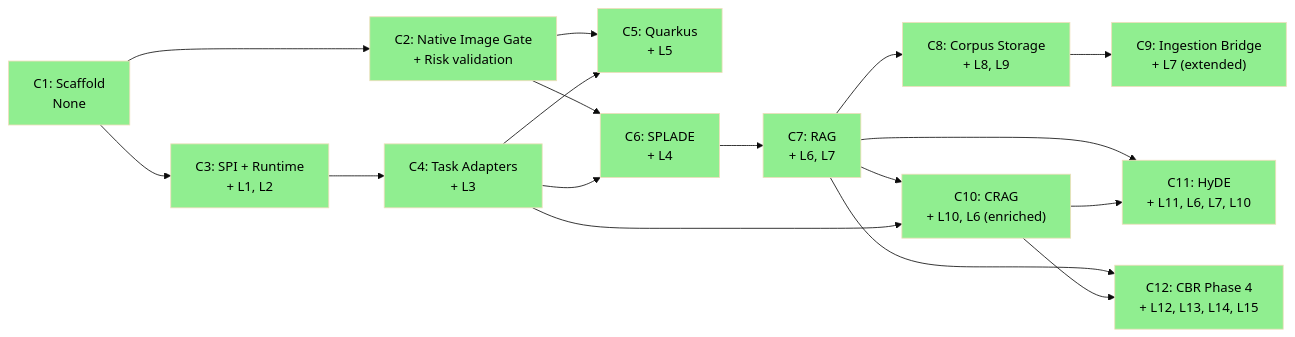
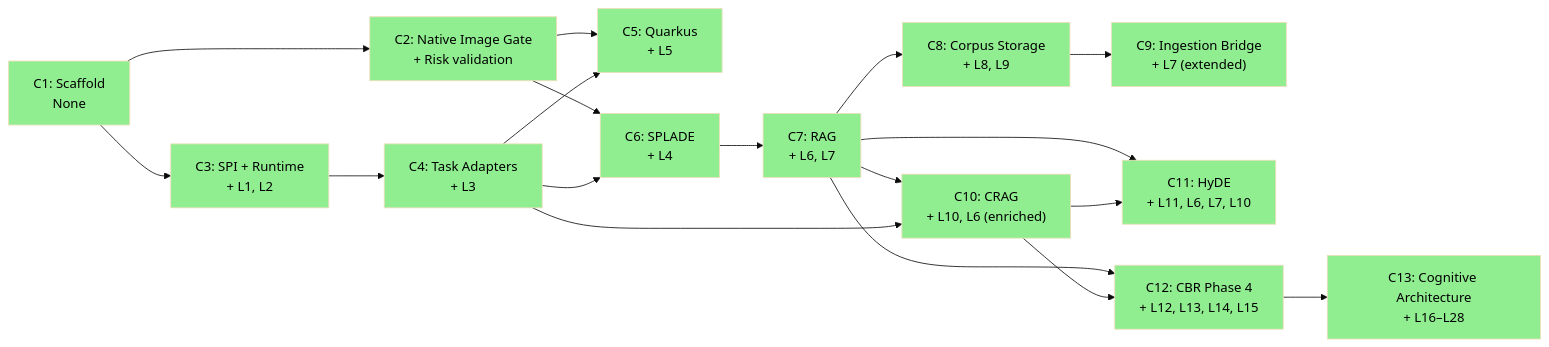
The seventh of 7 diagrams in ARC42STORIES.MD (casehubio/neocortex), drawn with Mermaid (base theme) before and after one commit. The commit also changed other lines of this file, not shown here.

First line of the commit message:
docs(#728): add cognitive/mindmap/annotation subsystem layers to ARC42STORIES

````diff
--- a/ARC42STORIES.MD
+++ b/ARC42STORIES.MD
@@ -590,33 +605,36 @@
 ```mermaid
 flowchart LR
   C1["C1: Scaffold\nNone"] --> C2["C2: Native Image Gate\n+ Risk validation"]
   C1 --> C3["C3: SPI + Runtime\n+ L1, L2"]
   C2 --> C5["C5: Quarkus\n+ L5"]
   C2 --> C6["C6: SPLADE\n+ L4"]
   C3 --> C4["C4: Task Adapters\n+ L3"]
   C4 --> C5
   C4 --> C6
   C6 --> C7["C7: RAG\n+ L6, L7"]
   C7 --> C8["C8: Corpus Storage\n+ L8, L9"]
   C8 --> C9["C9: Ingestion Bridge\n+ L7 (extended)"]
   C7 --> C10["C10: CRAG\n+ L10, L6 (enriched)"]
   C4 --> C10
   C7 --> C11["C11: HyDE\n+ L11, L6, L7, L10"]
   C10 --> C11
   C7 --> C12["C12: CBR Phase 4
 + L12, L13, L14, L15"]
   C10 --> C12
+  C12 --> C13["C13: Cognitive Architecture
++ L16–L28"]
 
   style C1 fill:#90EE90,color:#000
   style C2 fill:#90EE90,color:#000
   style C3 fill:#90EE90,color:#000
   style C4 fill:#90EE90,color:#000
   style C5 fill:#90EE90,color:#000
   style C6 fill:#90EE90,color:#000
   style C7 fill:#90EE90,color:#000
   style C8 fill:#90EE90,color:#000
   style C9 fill:#90EE90,color:#000
   style C10 fill:#90EE90,color:#000
   style C11 fill:#90EE90,color:#000
   style C12 fill:#90EE90,color:#000
+  style C13 fill:#90EE90,color:#000
 ```
````
